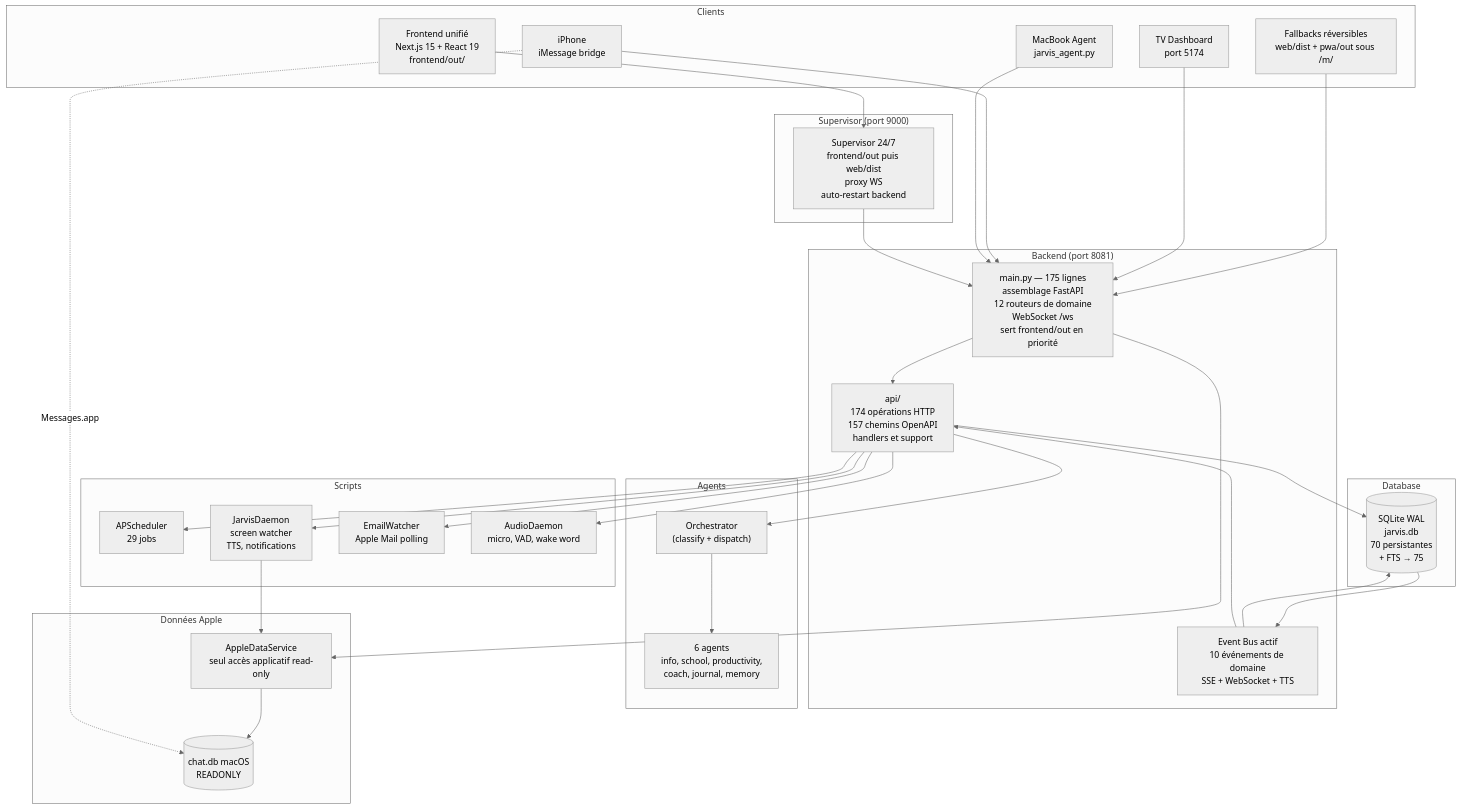
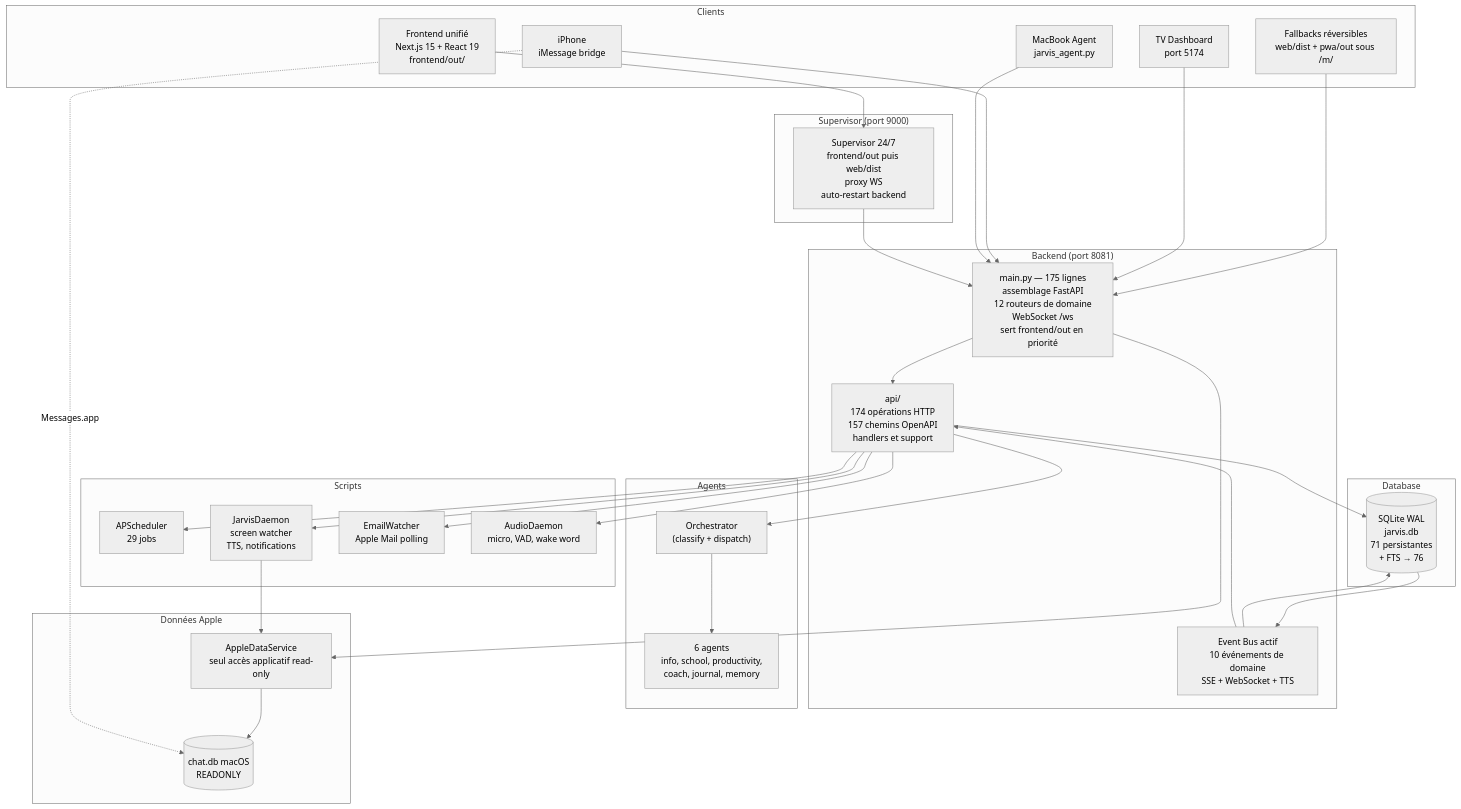
The first of 2 diagrams in Architecture/INDEX.md (AVTAVANTTOUT2/JarvisAPI), drawn with Mermaid (neutral theme) before and after one commit. The commit also changed other lines of this file and 11 other files, not shown here.

````diff
--- a/Architecture/INDEX.md
+++ b/Architecture/INDEX.md
@@ -108,63 +108,63 @@
 ```mermaid
 graph TB
     subgraph "Clients"
         FRONT["Frontend unifié<br/>Next.js 15 + React 19<br/>frontend/out/"]
         LEGACY["Fallbacks réversibles<br/>web/dist + pwa/out sous /m/"]
         TV["TV Dashboard<br/>port 5174"]
         IMESSAGE["iPhone<br/>iMessage bridge"]
         AGENT["MacBook Agent<br/>jarvis_agent.py"]
     end
 
     subgraph "Supervisor (port 9000)"
         SUP["Supervisor 24/7<br/>frontend/out puis web/dist<br/>proxy WS<br/>auto-restart backend"]
     end
 
     subgraph "Backend (port 8081)"
         MAIN["main.py — 175 lignes<br/>assemblage FastAPI<br/>12 routeurs de domaine<br/>WebSocket /ws<br/>sert frontend/out en priorité"]
         API["api/<br/>174 opérations HTTP<br/>157 chemins OpenAPI<br/>handlers et support"]
         BUS["Event Bus actif<br/>10 événements de domaine<br/>SSE + WebSocket + TTS"]
     end
 
     subgraph "Agents"
         ORCH["Orchestrator<br/>(classify + dispatch)"]
         AG["6 agents<br/>info, school, productivity,<br/>coach, journal, memory"]
     end
 
     subgraph "Database"
-        DB[(SQLite WAL<br/>jarvis.db<br/>70 persistantes<br/>+ FTS → 75)]
+        DB[(SQLite WAL<br/>jarvis.db<br/>71 persistantes<br/>+ FTS → 76)]
     end
 
     subgraph "Données Apple"
         APPLE["AppleDataService<br/>seul accès applicatif read-only"]
         CHATDB[(chat.db macOS<br/>READONLY)]
     end
 
     subgraph "Scripts"
         SCHED["APScheduler<br/>29 jobs"]
         DAEMON["JarvisDaemon<br/>screen watcher<br/>TTS, notifications"]
         EMAILW["EmailWatcher<br/>Apple Mail polling"]
         AUDIOD["AudioDaemon<br/>micro, VAD, wake word"]
     end
 
     FRONT --> SUP
     LEGACY --> MAIN
     TV --> MAIN
     IMESSAGE --> MAIN
     AGENT --> MAIN
     SUP --> MAIN
     MAIN --> API
     API --> ORCH
     ORCH --> AG
     API --> DB
     DB --> BUS
     BUS --> DB
     BUS --> API
     API --> SCHED
     API --> DAEMON
     API --> EMAILW
     API --> AUDIOD
     MAIN --> APPLE
     DAEMON --> APPLE
     APPLE --> CHATDB
     IMESSAGE -. "Messages.app" .-> CHATDB
 ```
````
